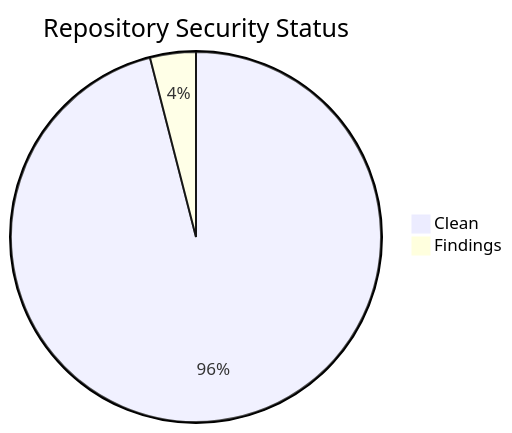
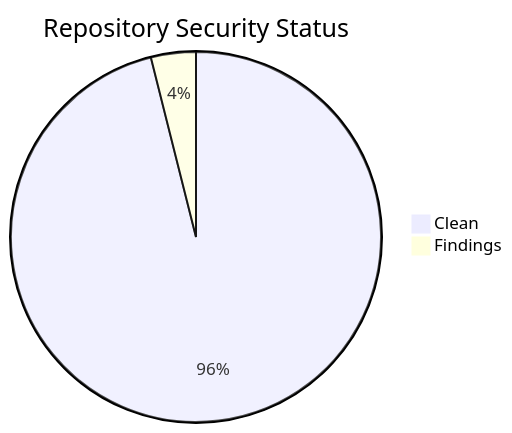
The second of 2 diagrams in projects/status.md (icepaule/icepaule.github.io), drawn with Mermaid before and after one commit. The commit also changed other lines of this file and 5 other files, not shown here.

````diff
--- a/projects/status.md
+++ b/projects/status.md
@@ -113,5 +114,5 @@
 ```mermaid
 pie title Repository Security Status
-    "Clean" : 48
+    "Clean" : 49
     "Findings" : 2
 ```
````
